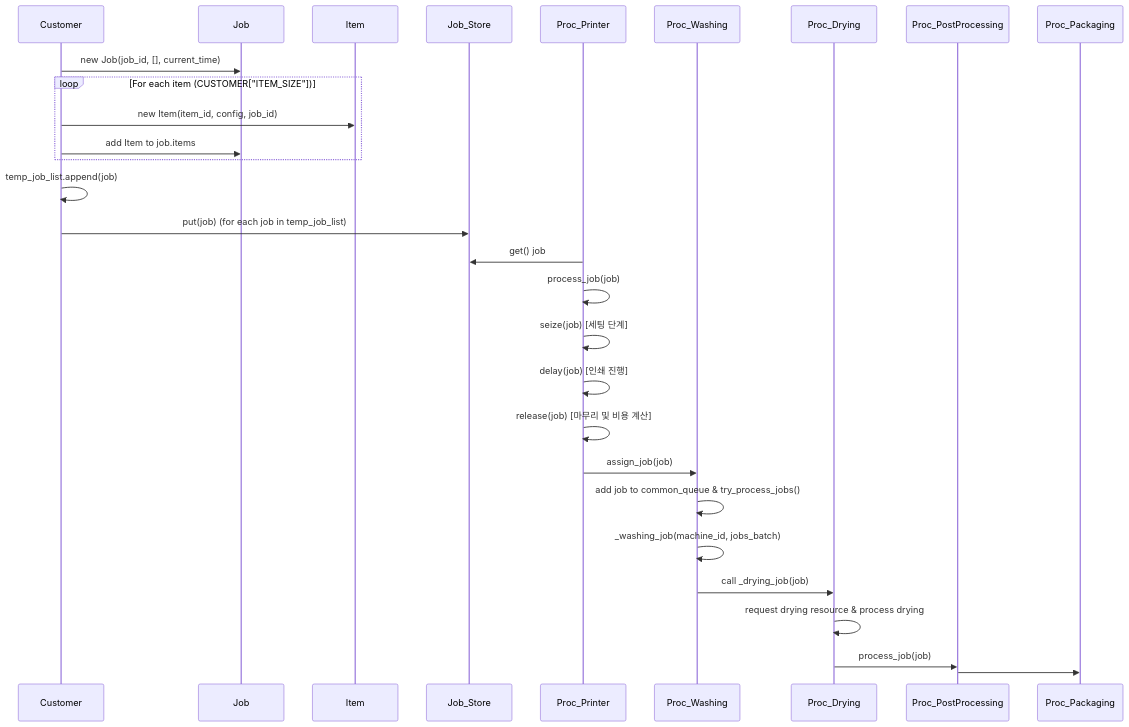
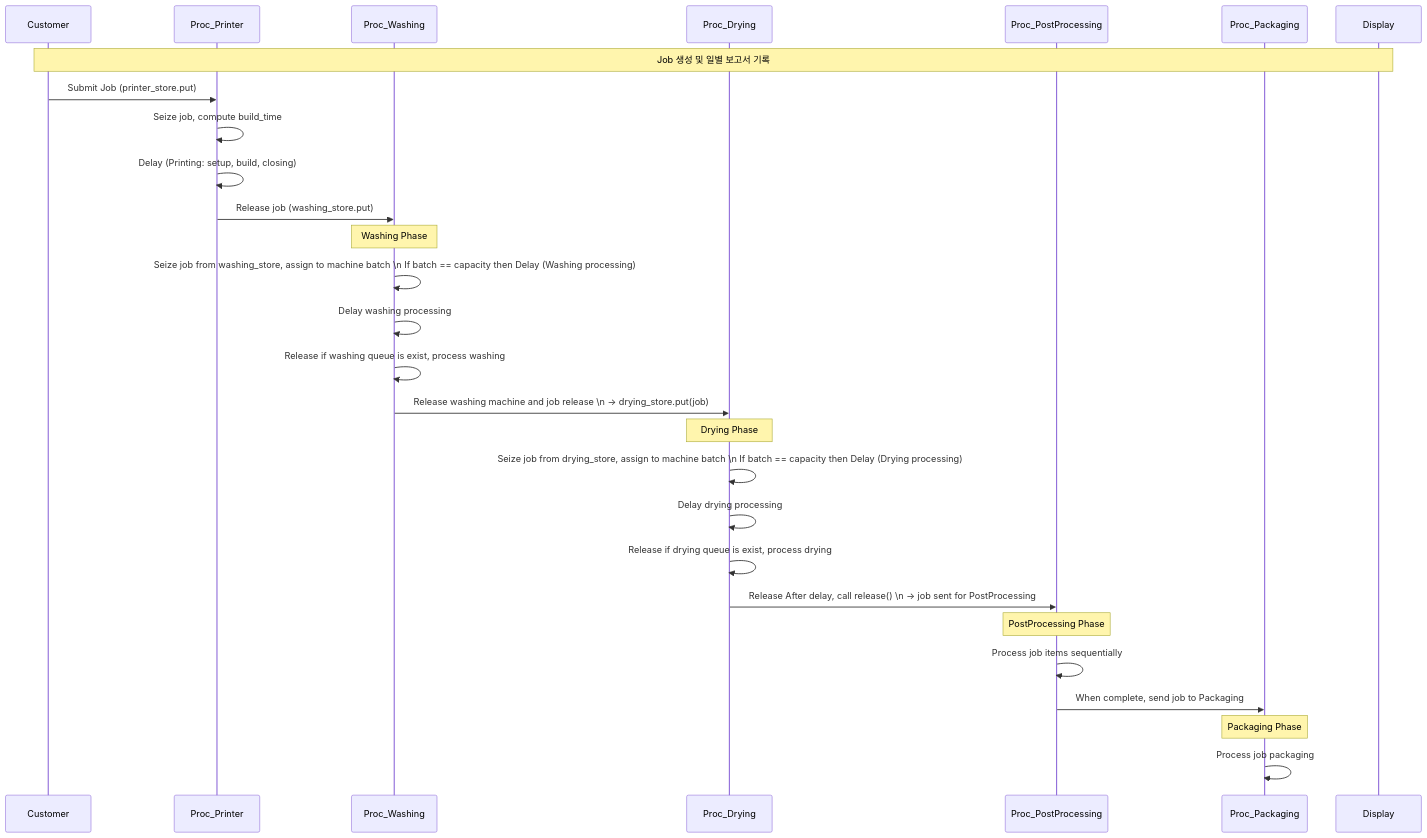
One commit to TaeWeonHan/3D_printing_farm_Invisalign_Aligners changed the diagram in sequence_diagram.md. Above: the diagram before and after it, drawn with Mermaid. The commit also changed 4 other files, not shown here.

````diff
--- a/sequence_diagram.md
+++ b/sequence_diagram.md
@@ -1,44 +1,31 @@
 ```mermaid
 sequenceDiagram
-    participant Cust as Customer
-    participant Job as Job
-    participant Item as Item
-    participant Store as Job_Store
-    participant Prin as Proc_Printer
-    participant Wash as Proc_Washing
-    participant Dry as Proc_Drying
-    participant Post as Proc_PostProcessing
-    participant Pack as Proc_Packaging
-
-    %% Customer가 Job 생성 후, 내부에 Item들을 생성하여 추가
-    Cust->>Job: new Job(job_id, [], current_time)
-    loop For each item (CUSTOMER["ITEM_SIZE"])
-        Cust->>Item: new Item(item_id, config, job_id)
-        Cust->>Job: add Item to job.items
-    end
-    Cust->>Cust: temp_job_list.append(job)
-    %% 배치 수가 충족되면 Job_Store에 전달
-    Cust->>Store: put(job) (for each job in temp_job_list)
+    participant C as Customer
+    participant P as Proc_Printer
+    participant W as Proc_Washing
+    participant D as Proc_Drying
+    participant PP as Proc_PostProcessing
+    participant PA as Proc_Packaging
+    participant Disp as Display
     
-    %% Printer가 Job을 받아 처리 시작
-    Prin->>Store: get() job
-    Prin->>Prin: process_job(job)
-    Prin->>Prin: seize(job) [세팅 단계]
-    Prin->>Prin: delay(job) [인쇄 진행]
-    Prin->>Prin: release(job) [마무리 및 비용 계산]
-    
-    %% 인쇄 완료 후 Washing으로 전달
-    Prin->>Wash: assign_job(job)
-    Wash->>Wash: add job to common_queue & try_process_jobs()
-    Wash->>Wash: _washing_job(machine_id, jobs_batch)
-    
-    %% Washing 완료 후 Drying 단계 호출
-    Wash->>Dry: call _drying_job(job)
-    Dry->>Dry: request drying resource & process drying
-    
-    %% Drying 완료 후 PostProcessing로 전달
-    Dry->>Post: process_job(job)
-    
-    %% 후처리 완료 후 Packaging으로 Job 전달
-    Post->>Pack:
+    Note over C,Disp: Job 생성 및 일별 보고서 기록
+    C->>P: Submit Job (printer_store.put)
+    P->>P: Seize job, compute build_time
+    P->>P: Delay (Printing: setup, build, closing)
+    P->>W: Release job (washing_store.put)
+    Note over W: Washing Phase
+    W->>W: Seize job from washing_store, assign to machine batch \n If batch == capacity then Delay (Washing processing)
+    W->>W: Delay washing processing
+    W->>W: Release if washing queue is exist, process washing
+    W->>D: Release washing machine and job release \n -> drying_store.put(job)
+    Note over D: Drying Phase
+    D->>D: Seize job from drying_store, assign to machine batch \n If batch == capacity then Delay (Drying processing)
+    D->>D: Delay drying processing
+    D->>D: Release if drying queue is exist, process drying
+    D->>PP: Release After delay, call release() \n -> job sent for PostProcessing
+    Note over PP: PostProcessing Phase
+    PP->>PP: Process job items sequentially
+    PP->>PA: When complete, send job to Packaging
+    Note over PA: Packaging Phase
+    PA->>PA: Process job packaging
 ```
````
